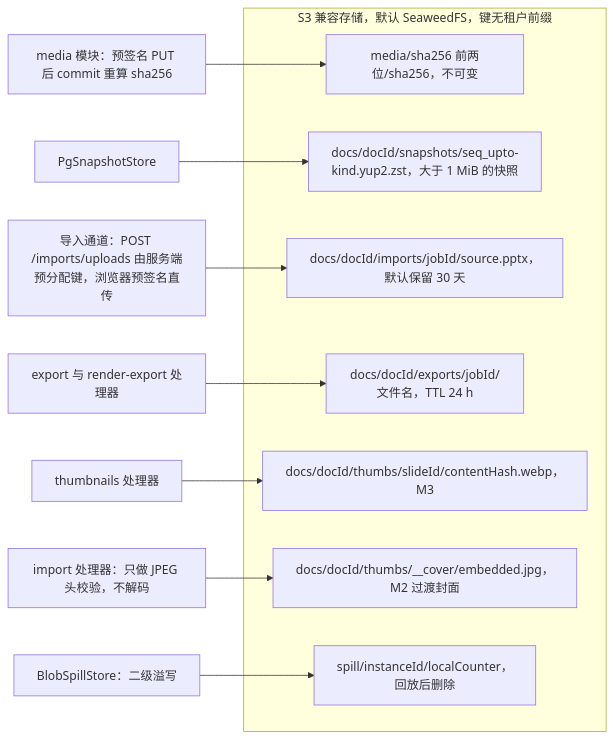
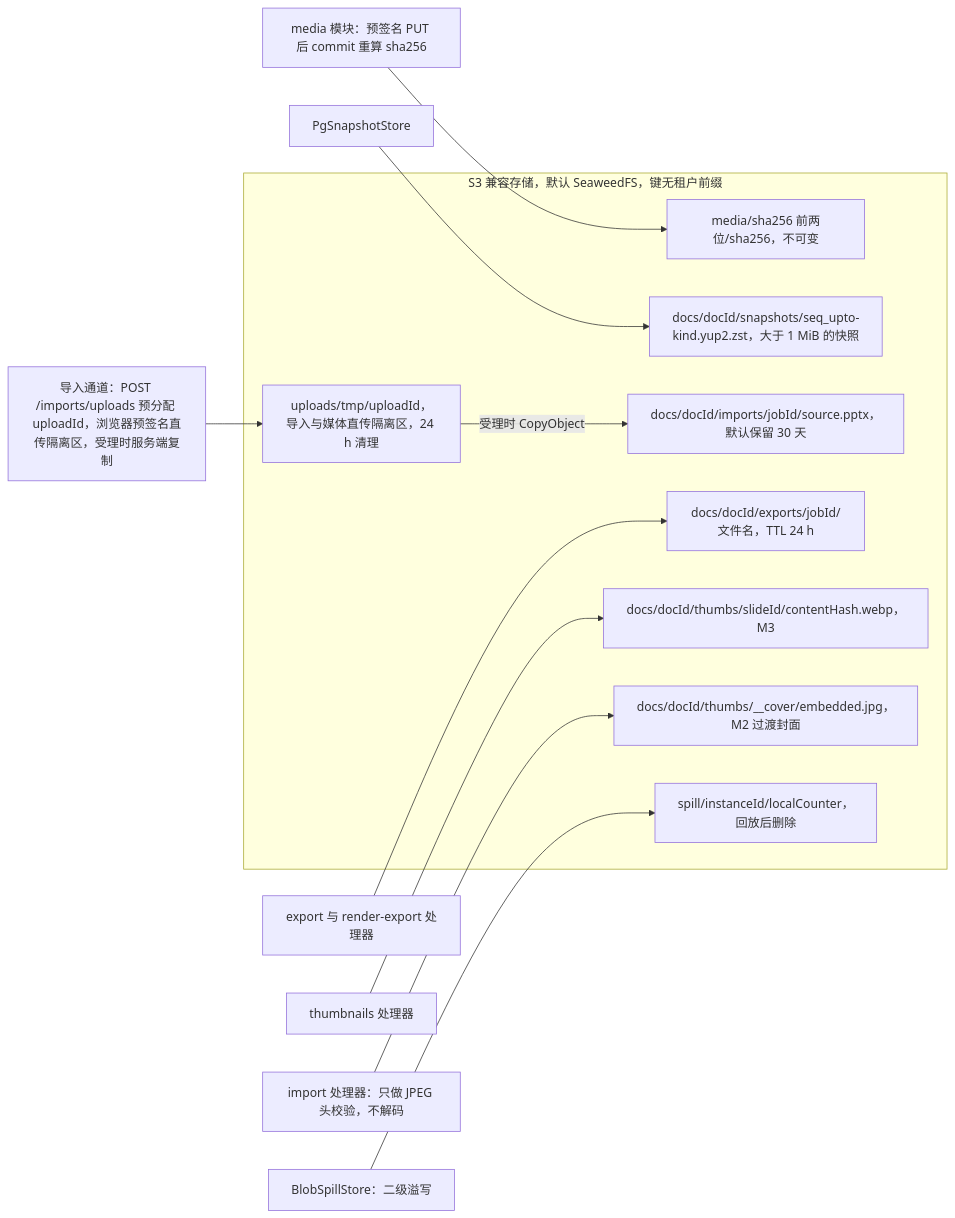
Diagram 20 of 46 in docs/40-modules/19-atlas-backend-and-data.md (Xeonice/cordis-ppt-editor), drawn with Mermaid before and after one commit. The commit also changed other lines of this file and 79 other files, not shown here.

````diff
--- a/docs/40-modules/19-atlas-backend-and-data.md
+++ b/docs/40-modules/19-atlas-backend-and-data.md
@@ -810,26 +820,28 @@
 ```mermaid
 flowchart LR
   subgraph s3["S3 兼容存储，默认 SeaweedFS，键无租户前缀"]
     kMedia["media/sha256 前两位/sha256，不可变"]
     kSnap["docs/docId/snapshots/seq_upto-kind.yup2.zst，大于 1 MiB 的快照"]
+    kTmp["uploads/tmp/uploadId，导入与媒体直传隔离区，24 h 清理"]
     kImp["docs/docId/imports/jobId/source.pptx，默认保留 30 天"]
     kExp["docs/docId/exports/jobId/文件名，TTL 24 h"]
     kThumb["docs/docId/thumbs/slideId/contentHash.webp，M3"]
     kCover["docs/docId/thumbs/__cover/embedded.jpg，M2 过渡封面"]
     kSpill["spill/instanceId/localCounter，回放后删除"]
   end
   wMedia["media 模块：预签名 PUT 后 commit 重算 sha256"]
   wSnap["PgSnapshotStore"]
-  wImp["导入通道：POST /imports/uploads 由服务端预分配键，浏览器预签名直传"]
+  wImp["导入通道：POST /imports/uploads 预分配 uploadId，浏览器预签名直传隔离区，受理时服务端复制"]
   wExp["export 与 render-export 处理器"]
   wThumb["thumbnails 处理器"]
   wCover["import 处理器：只做 JPEG 头校验，不解码"]
   wSpill["BlobSpillStore：二级溢写"]
   wMedia --> kMedia
   wSnap --> kSnap
-  wImp --> kImp
+  wImp --> kTmp
+  kTmp -- "受理时 CopyObject" --> kImp
   wExp --> kExp
   wThumb --> kThumb
   wCover --> kCover
   wSpill --> kSpill
 ```
````
